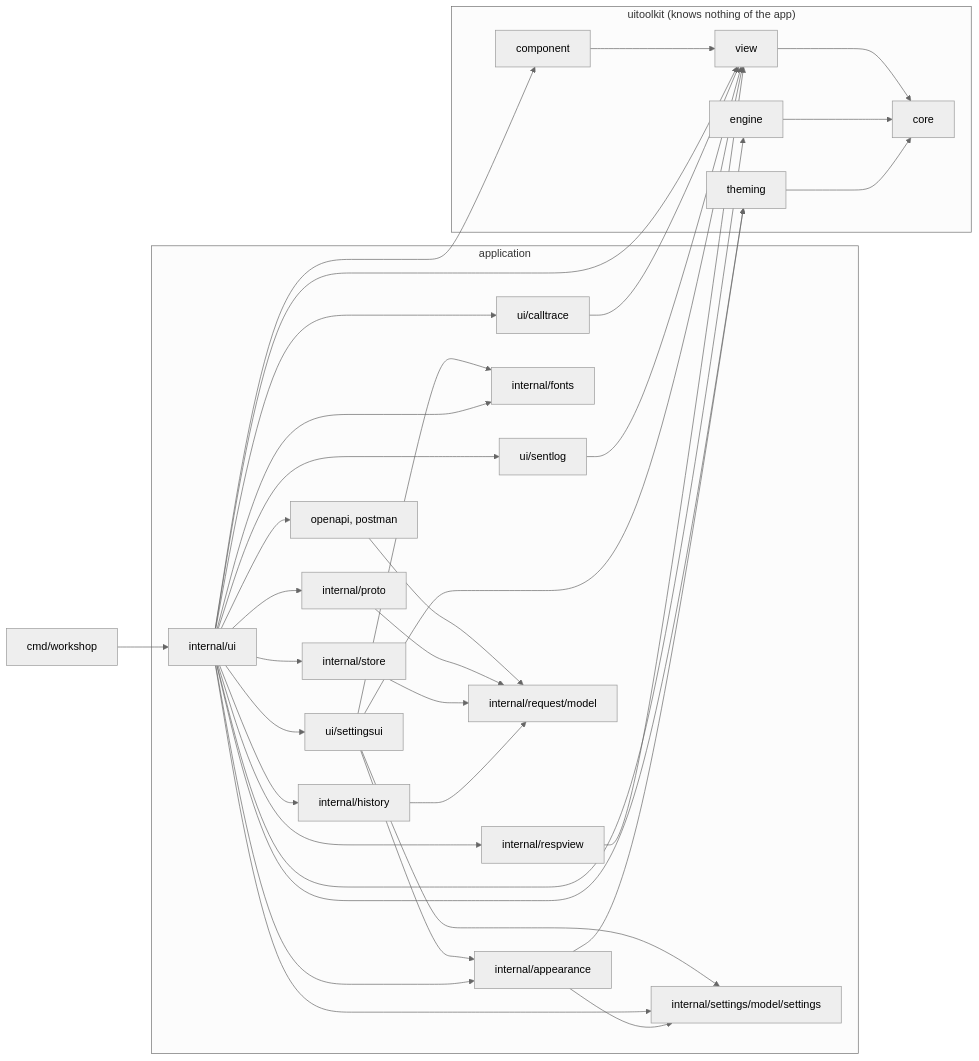
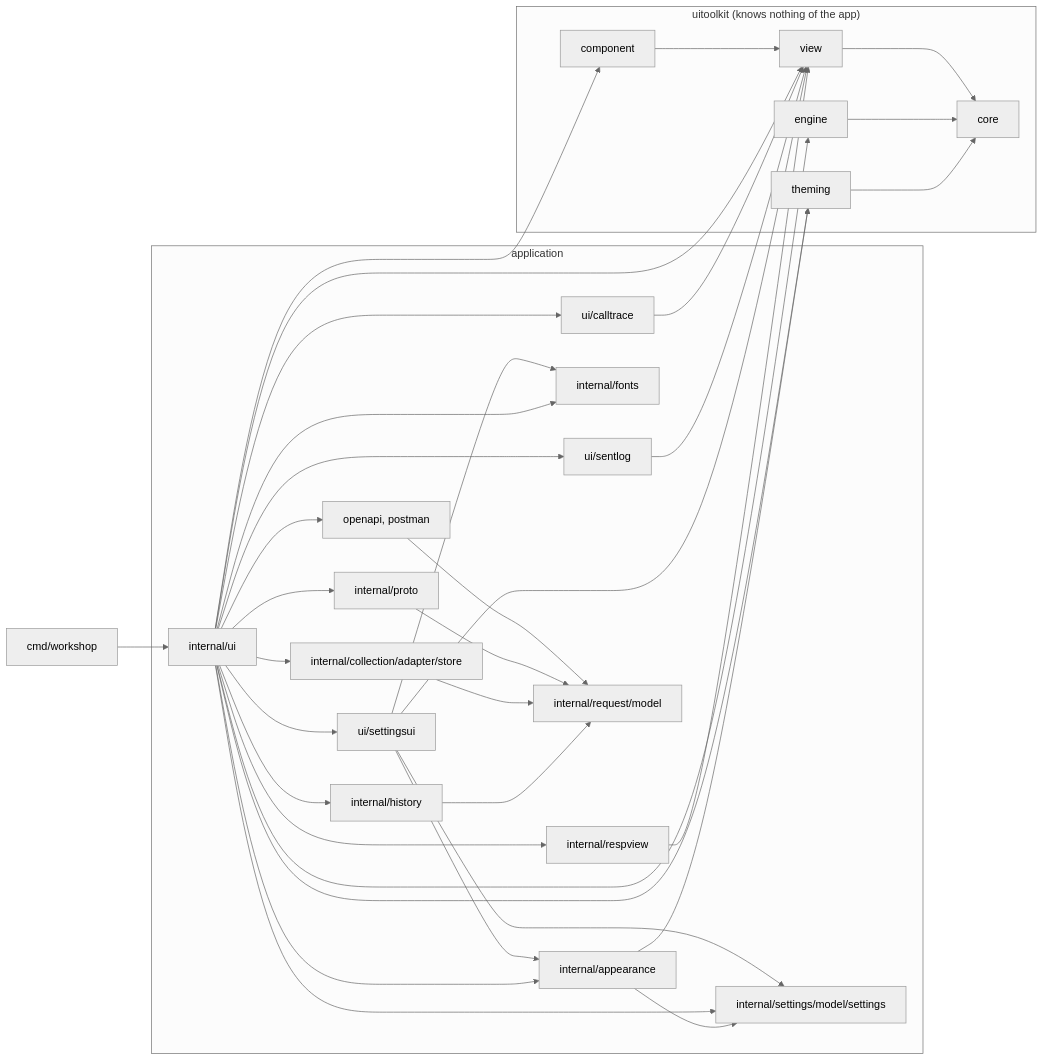
Before and after one commit to gascoigne-ai/gascoigne-workshop: the diagram in .harness/architecture.md, drawn with Mermaid (neutral theme). The commit also changed other lines of this file and 4 other files, not shown here.

First line of the commit message:
refactor(collection): store moves to internal/collection/adapter/store

````diff
--- a/.harness/architecture.md
+++ b/.harness/architecture.md
@@ -5,40 +5,40 @@
 ```mermaid
 flowchart LR
   cmd["cmd/workshop"] --> ui["internal/ui"]
   subgraph app["application"]
     ui --> calltrace["ui/calltrace"]
     ui --> sentlog["ui/sentlog"]
     ui --> settingsui["ui/settingsui"]
     settingsui --> settings
     settingsui --> fonts
     settingsui --> appearance
     ui --> appearance["internal/appearance"]
     ui --> respview["internal/respview"]
-    ui --> store["internal/store"]
+    ui --> store["internal/collection/adapter/store"]
     ui --> imports["openapi, postman"]
     ui --> fonts["internal/fonts"]
     ui --> history["internal/history"]
     ui --> settings["internal/settings/model/settings"]
     ui --> proto["internal/proto"]
     imports --> model["internal/request/model"]
     proto --> model
     store --> model
     history --> model
   end
   subgraph toolkit["uitoolkit (knows nothing of the app)"]
     component["component"] --> view["view"]
     view --> core["core"]
     engine["engine"] --> core
     theming["theming"] --> core
   end
   ui --> component
   ui --> view
   ui --> engine
   ui --> theming
   calltrace --> view
   sentlog --> view
   settingsui --> view
   appearance --> theming
   appearance --> settings
   respview --> view
 ```
````
